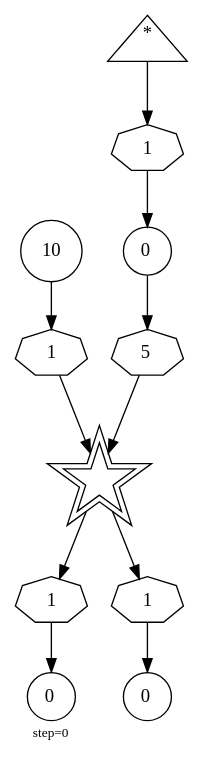
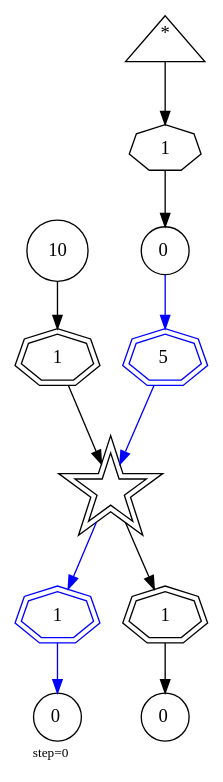
One commit to abarbu/machinations changed the diagram in ours/101-objects/0010.dot. Above: the diagram before and after it, drawn with Graphviz. The commit also changed 191 other files, not shown here.

```diff
--- a/ours/101-objects/0010.dot
+++ b/ours/101-objects/0010.dot
@@ -1,24 +1,24 @@
 digraph {
   graph  [labelloc=bottom,labeljust=left,fontsize="10",label="step=0"];
   "63" [shape=circle,peripheries="1",label=<0>,labelfontcolor=black,color=black];
   "64" [shape=star,peripheries="2",label="",labelfontcolor=black,color=black];
   "66" [shape=circle,peripheries="1",label=<0>,labelfontcolor=black,color=black];
   "68" [shape=circle,peripheries="1",label=<0>,labelfontcolor=black,color=black];
   "69" [shape=circle,peripheries="1",label=<10>,labelfontcolor=Black,color=black];
   "72" [shape=triangle,peripheries="1",label=<<SUP>*</SUP>>,labelfontcolor=black,color=black];
-  "65" [label=<5>,peripheries="1",color=black,shape=septagon];
-  "63" -> "65" [color=black];
-  "65" -> "64" [color=black];
-  "67" [label=<1>,peripheries="1",color=black,shape=septagon];
-  "64" -> "67" [color=black];
-  "67" -> "66" [color=black];
-  "70" [label=<1>,peripheries="1",color=black,shape=septagon];
-  "64" -> "70" [color=black];
-  "70" -> "68" [color=black];
-  "71" [label=<1>,peripheries="1",color=black,shape=septagon];
-  "69" -> "71" [color=black];
-  "71" -> "64" [color=black];
+  "65" [label=<5>,peripheries="2",color=Blue,shape=septagon];
+  "63" -> "65" [color=Blue];
+  "65" -> "64" [color=Blue];
+  "67" [label=<1>,peripheries="2",color=Blue,shape=septagon];
+  "64" -> "67" [color=Blue];
+  "67" -> "66" [color=Blue];
+  "70" [label=<1>,peripheries="2",color=Black,shape=septagon];
+  "64" -> "70" [color=Black];
+  "70" -> "68" [color=Black];
+  "71" [label=<1>,peripheries="2",color=Black,shape=septagon];
+  "69" -> "71" [color=Black];
+  "71" -> "64" [color=Black];
   "73" [label=<1>,peripheries="1",color=black,shape=septagon];
   "72" -> "73" [color=black];
   "73" -> "63" [color=black];
 }
```
